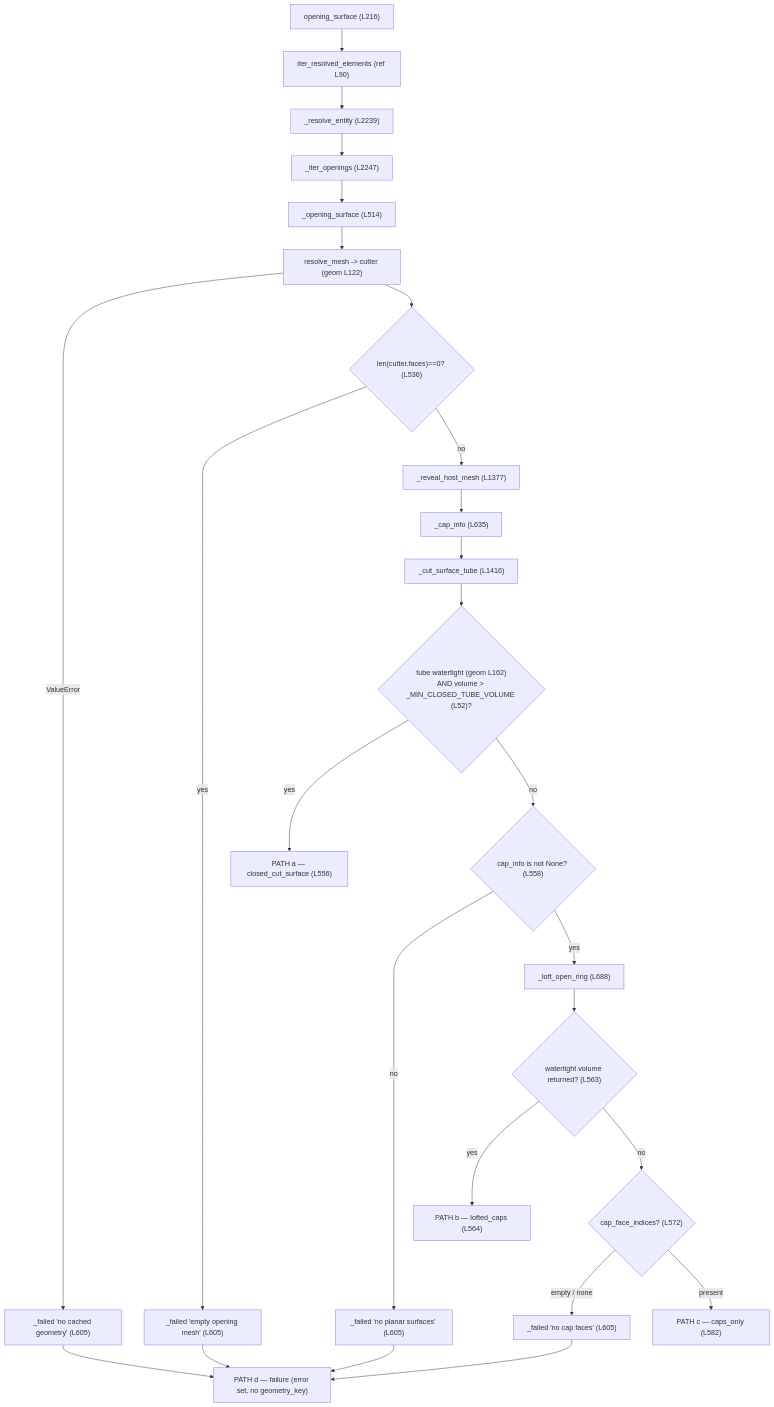
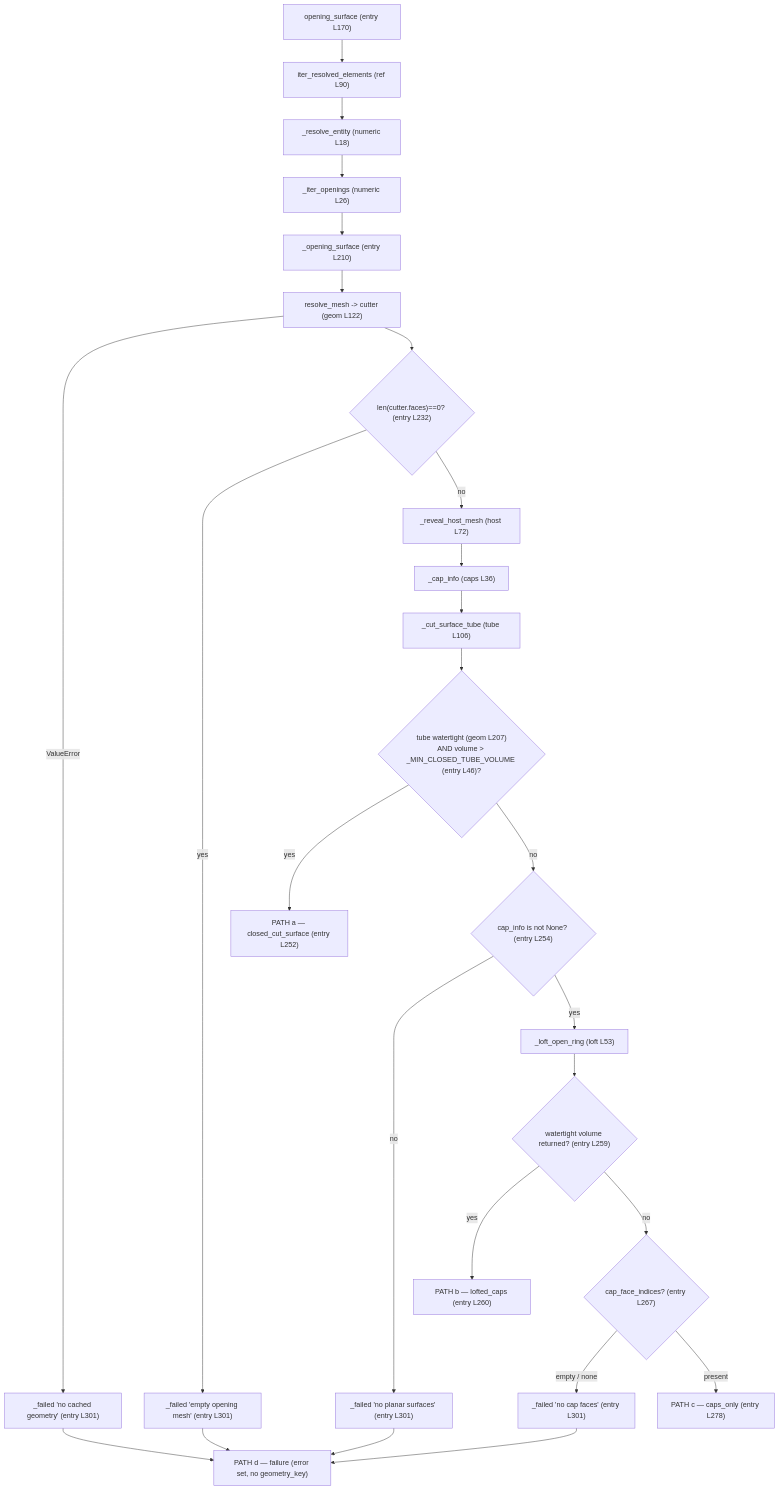
The first of 5 diagrams in app/runner/src/openbim_runner/nodes/opening_surface/process.md (Digital-Building-Process-TU-Wien/rcc4all), drawn with Mermaid before and after one commit. The commit also changed other lines of this file and 13 other files, not shown here.

Commit message:
refactor: split opening_surface node into helper modules

````diff
--- a/app/runner/src/openbim_runner/nodes/opening_surface/process.md
+++ b/app/runner/src/openbim_runner/nodes/opening_surface/process.md
@@ -20,27 +34,27 @@
 ```mermaid
 flowchart TD
-    A["opening_surface (L216)"] --> B["iter_resolved_elements (ref L90)"]
-    B --> C["_resolve_entity (L2239)"]
-    C --> D["_iter_openings (L2247)"]
-    D --> E["_opening_surface (L514)"]
+    A["opening_surface (entry L170)"] --> B["iter_resolved_elements (ref L90)"]
+    B --> C["_resolve_entity (numeric L18)"]
+    C --> D["_iter_openings (numeric L26)"]
+    D --> E["_opening_surface (entry L210)"]
 
     E --> F["resolve_mesh -> cutter (geom L122)"]
-    F -- "ValueError" --> D1["_failed 'no cached geometry' (L605)"] --> PD["PATH d — failure (error set, no geometry_key)"]
-    F --> F2{"len(cutter.faces)==0? (L536)"}
-    F2 -- "yes" --> D2["_failed 'empty opening mesh' (L605)"] --> PD
-    F2 -- "no" --> G["_reveal_host_mesh (L1377)"]
-    G --> H["_cap_info (L635)"]
+    F -- "ValueError" --> D1["_failed 'no cached geometry' (entry L301)"] --> PD["PATH d — failure (error set, no geometry_key)"]
+    F --> F2{"len(cutter.faces)==0? (entry L232)"}
+    F2 -- "yes" --> D2["_failed 'empty opening mesh' (entry L301)"] --> PD
+    F2 -- "no" --> G["_reveal_host_mesh (host L72)"]
+    G --> H["_cap_info (caps L36)"]
 
-    H --> I["_cut_surface_tube (L1416)"]
-    I --> J{"tube watertight (geom L162)\nAND volume > _MIN_CLOSED_TUBE_VOLUME (L52)?"}
-    J -- "yes" --> PA["PATH a — closed_cut_surface (L556)"]
+    H --> I["_cut_surface_tube (tube L106)"]
+    I --> J{"tube watertight (geom L207)\nAND volume > _MIN_CLOSED_TUBE_VOLUME (entry L46)?"}
+    J -- "yes" --> PA["PATH a — closed_cut_surface (entry L252)"]
 
-    J -- "no" --> K{"cap_info is not None? (L558)"}
-    K -- "no" --> D3["_failed 'no planar surfaces' (L605)"] --> PD
-    K -- "yes" --> L["_loft_open_ring (L688)"]
-    L --> M{"watertight volume returned? (L563)"}
-    M -- "yes" --> PB["PATH b — lofted_caps (L564)"]
-    M -- "no" --> N{"cap_face_indices? (L572)"}
-    N -- "empty / none" --> D4["_failed 'no cap faces' (L605)"] --> PD
-    N -- "present" --> PC["PATH c — caps_only (L582)"]
+    J -- "no" --> K{"cap_info is not None? (entry L254)"}
+    K -- "no" --> D3["_failed 'no planar surfaces' (entry L301)"] --> PD
+    K -- "yes" --> L["_loft_open_ring (loft L53)"]
+    L --> M{"watertight volume returned? (entry L259)"}
+    M -- "yes" --> PB["PATH b — lofted_caps (entry L260)"]
+    M -- "no" --> N{"cap_face_indices? (entry L267)"}
+    N -- "empty / none" --> D4["_failed 'no cap faces' (entry L301)"] --> PD
+    N -- "present" --> PC["PATH c — caps_only (entry L278)"]
 ```
````
